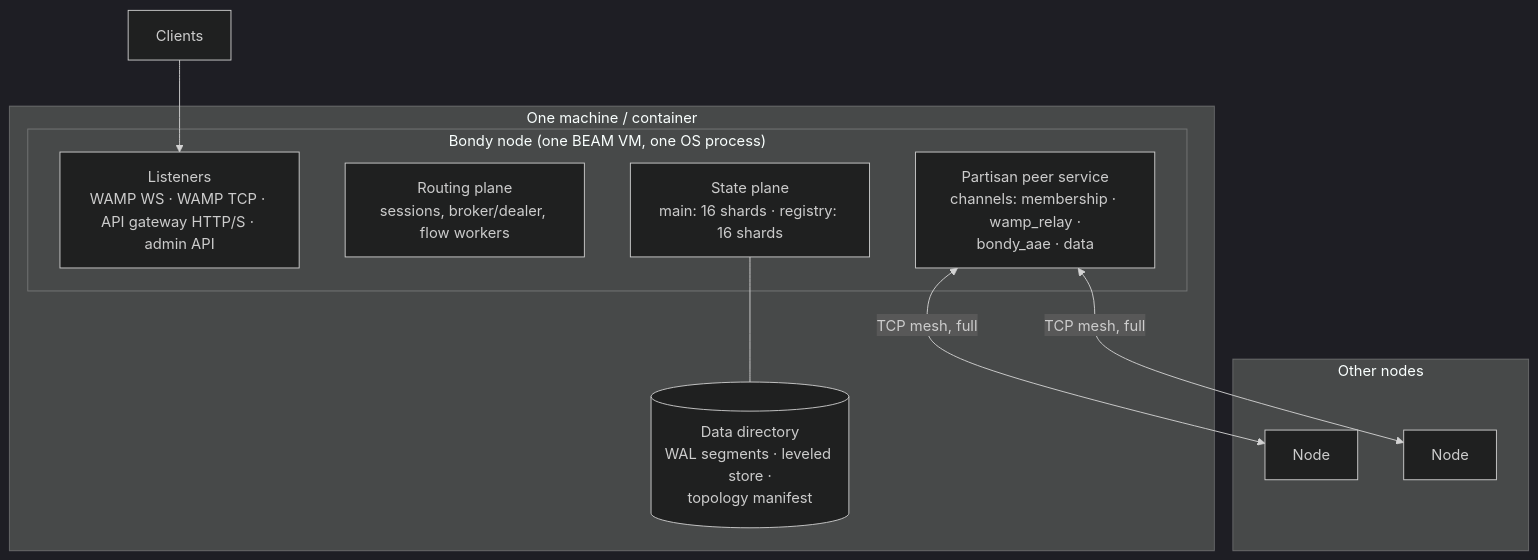
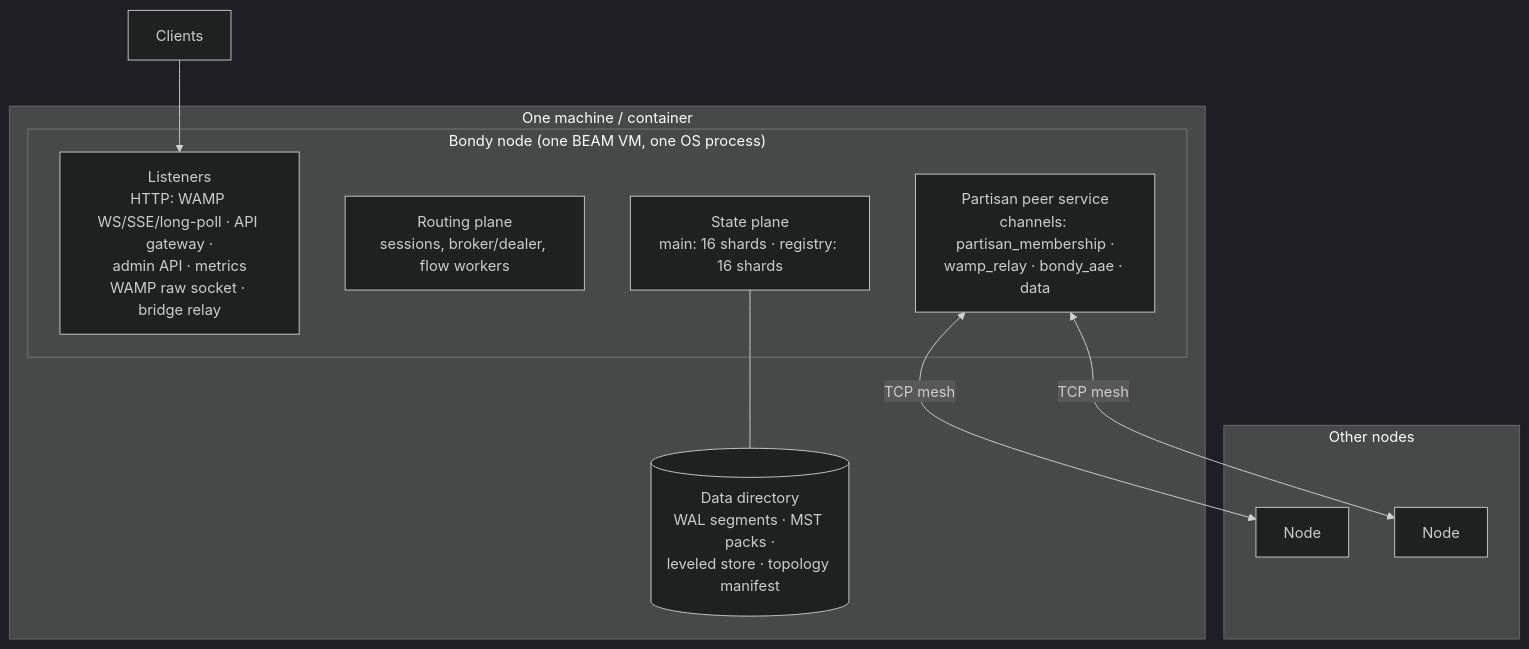
One commit to bondy-io/bondy changed the diagram in doc/guides/architecture/view_deployment.md. Above: the diagram before and after it, drawn with Mermaid (dark theme). The commit also changed other lines of this file and 449 other files, not shown here.

````diff
--- a/doc/guides/architecture/view_deployment.md
+++ b/doc/guides/architecture/view_deployment.md
@@ -10,20 +10,20 @@
 ```mermaid
 flowchart TD
     subgraph Machine["One machine / container"]
         subgraph BEAM["Bondy node (one BEAM VM, one OS process)"]
-            LST["Listeners<br/>WAMP WS · WAMP TCP · API gateway HTTP/S · admin API"]
+            LST["Listeners<br/>HTTP: WAMP WS/SSE/long-poll · API gateway ·<br/>admin API · metrics<br/>WAMP raw socket · bridge relay"]
             RP["Routing plane<br/>sessions, broker/dealer, flow workers"]
             SP["State plane<br/>main: 16 shards · registry: 16 shards"]
-            PART["Partisan peer service<br/>channels: membership · wamp_relay ·<br/>bondy_aae · data"]
+            PART["Partisan peer service<br/>channels: partisan_membership ·<br/>wamp_relay · bondy_aae · data"]
         end
-        DISK[("Data directory<br/>WAL segments · leveled store ·<br/>topology manifest")]
+        DISK[("Data directory<br/>WAL segments · MST packs ·<br/>leveled store · topology manifest")]
         SP --- DISK
     end
     subgraph Peers["Other nodes"]
         N2[Node]
         N3[Node]
     end
     Clients --> LST
-    PART <-->|TCP mesh, full| N2
-    PART <-->|TCP mesh, full| N3
+    PART <-->|TCP mesh| N2
+    PART <-->|TCP mesh| N3
 ```
````
